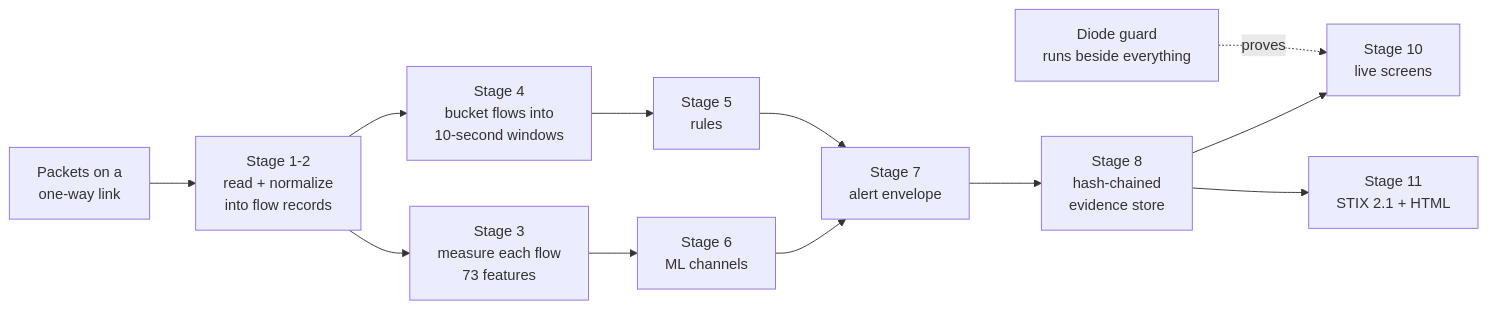
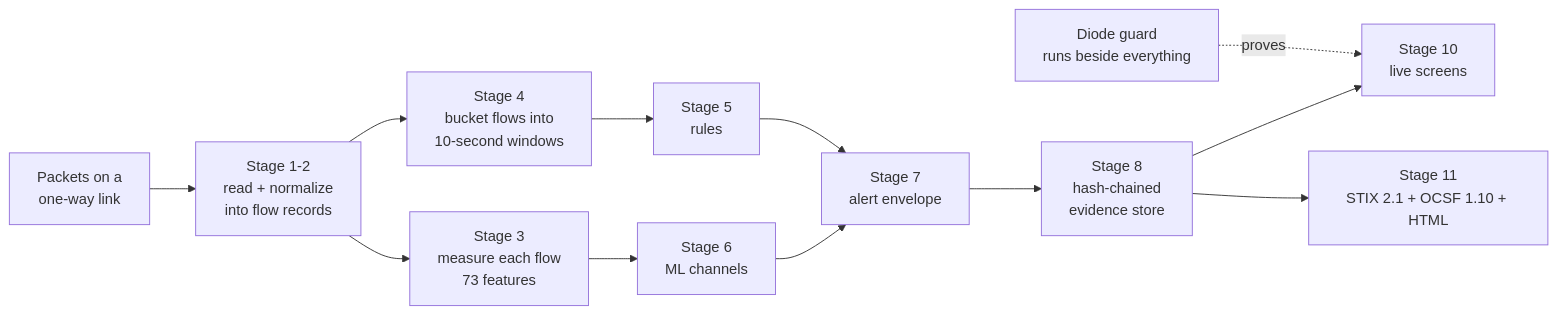
One commit to therayyanawaz/DiodeWatch changed the diagram in docs/pipeline.md. Above: the diagram before and after it, drawn with Mermaid. The commit also changed other lines of this file and 22 other files, not shown here.

````diff
--- a/docs/pipeline.md
+++ b/docs/pipeline.md
@@ -78,14 +79,14 @@
 ```mermaid
 flowchart LR
     A["Packets on a<br/>one-way link"] --> B["Stage 1-2<br/>read + normalize<br/>into flow records"]
     B --> C["Stage 3<br/>measure each flow<br/>73 features"]
     B --> D["Stage 4<br/>bucket flows into<br/>10-second windows"]
     C --> E["Stage 6<br/>ML channels"]
     D --> F["Stage 5<br/>rules"]
     E --> G["Stage 7<br/>alert envelope"]
     F --> G
     G --> H["Stage 8<br/>hash-chained<br/>evidence store"]
     H --> I["Stage 10<br/>live screens"]
-    H --> J["Stage 11<br/>STIX 2.1 + HTML"]
+    H --> J["Stage 11<br/>STIX 2.1 + OCSF 1.10 + HTML"]
     K["Diode guard<br/>runs beside everything"] -.proves.-> I
 ```
````
